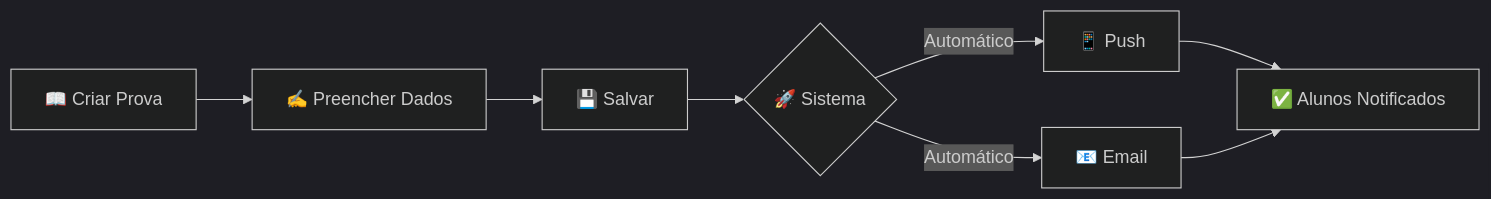
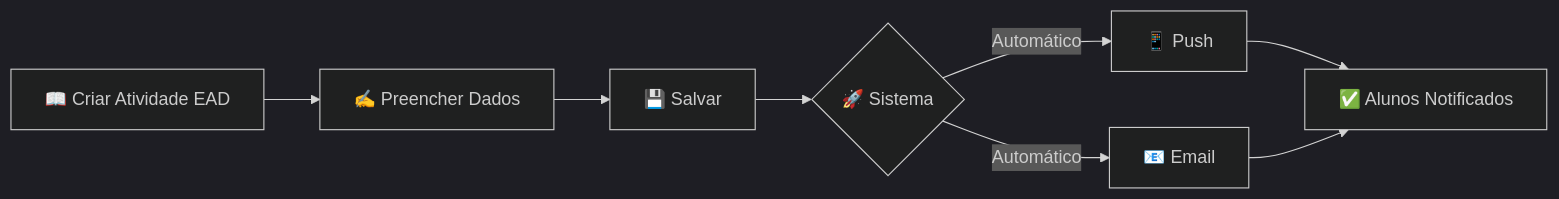
The sixth of 8 diagrams in MANUAL_SISTEMA.md (juliobitaraes/-), drawn with Mermaid (dark theme) before and after one commit. The commit also changed other lines of this file and 11 other files, not shown here.

````diff
--- a/MANUAL_SISTEMA.md
+++ b/MANUAL_SISTEMA.md
@@ -514,10 +514,10 @@
 ```mermaid
 graph LR
-    A[📖 Criar Prova] --> B[✍️ Preencher Dados]
+    A[📖 Criar Atividade EAD] --> B[✍️ Preencher Dados]
     B --> C[💾 Salvar]
     C --> D{🚀 Sistema}
     D -->|Automático| E[📱 Push]
     D -->|Automático| F[📧 Email]
     E --> G[✅ Alunos Notificados]
     F --> G
 ```
````
